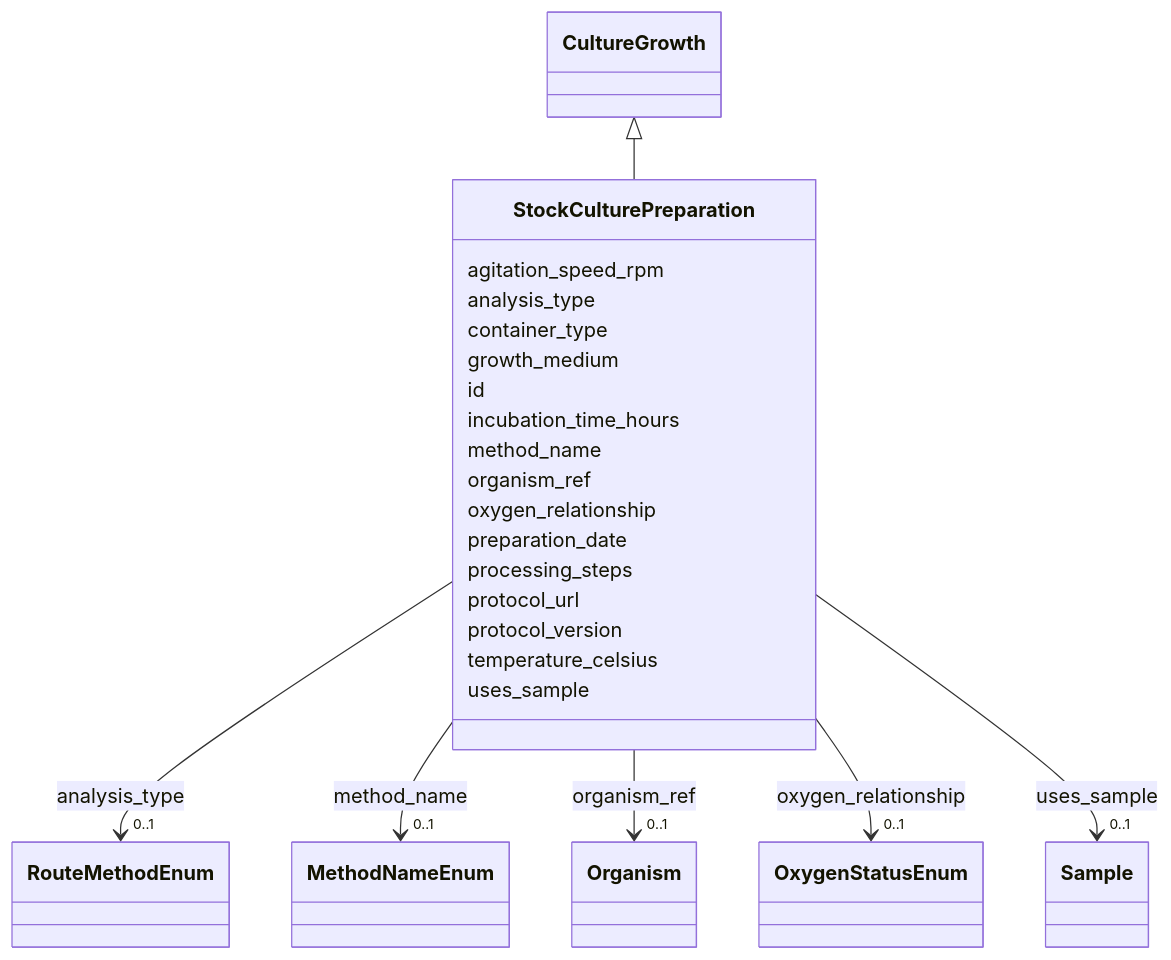
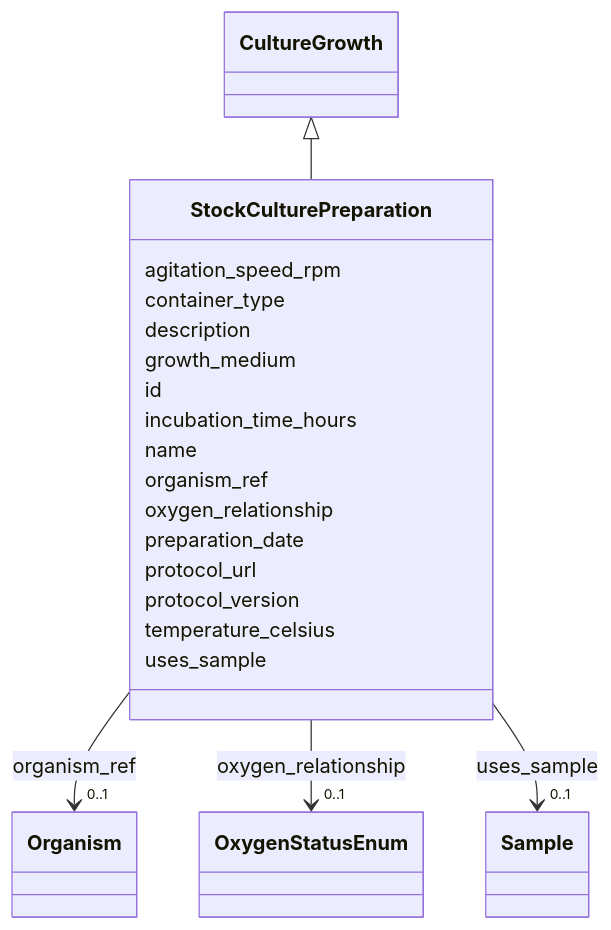
Before and after one commit to EMSL-Computing/BASALT-Schema: the diagram in docs/elements/StockCulturePreparation.md, drawn with Mermaid. The commit also changed other lines of this file and 550 other files, not shown here.

````diff
--- a/docs/elements/StockCulturePreparation.md
+++ b/docs/elements/StockCulturePreparation.md
@@ -26,84 +26,64 @@
 ```mermaid
  classDiagram
     class StockCulturePreparation
     click StockCulturePreparation href "../StockCulturePreparation/"
       CultureGrowth <|-- StockCulturePreparation
         click CultureGrowth href "../CultureGrowth/"
       
       StockCulturePreparation : agitation_speed_rpm
         
-      StockCulturePreparation : analysis_type
+      StockCulturePreparation : container_type
         
-          
-    
-        
-        
-        StockCulturePreparation --> "0..1" RouteMethodEnum : analysis_type
-        click RouteMethodEnum href "../RouteMethodEnum/"
-    
-
-        
-      StockCulturePreparation : container_type
+      StockCulturePreparation : description
         
       StockCulturePreparation : growth_medium
         
       StockCulturePreparation : id
         
       StockCulturePreparation : incubation_time_hours
         
-      StockCulturePreparation : method_name
-        
-          
-    
-        
-        
-        StockCulturePreparation --> "0..1" MethodNameEnum : method_name
-        click MethodNameEnum href "../MethodNameEnum/"
-    
-
+      StockCulturePreparation : name
         
       StockCulturePreparation : organism_ref
         
           
     
         
         
         StockCulturePreparation --> "0..1" Organism : organism_ref
         click Organism href "../Organism/"
     
 
         
       StockCulturePreparation : oxygen_relationship
         
           
     
         
         
         StockCulturePreparation --> "0..1" OxygenStatusEnum : oxygen_relationship
         click OxygenStatusEnum href "../OxygenStatusEnum/"
     
 
         
       StockCulturePreparation : preparation_date
         
-      StockCulturePreparation : processing_steps
-        
       StockCulturePreparation : protocol_url
         
       StockCulturePreparation : protocol_version
         
       StockCulturePreparation : temperature_celsius
         
       StockCulturePreparation : uses_sample
         
           
     
         
         
         StockCulturePreparation --> "0..1" Sample : uses_sample
         click Sample href "../Sample/"
     
 
         
       
 ```
````
